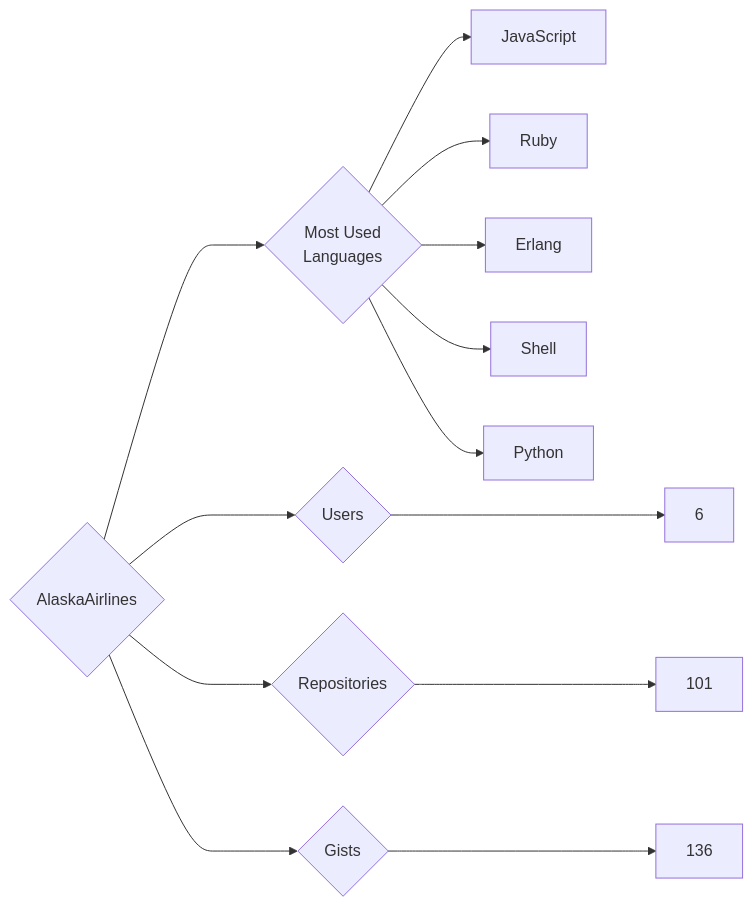
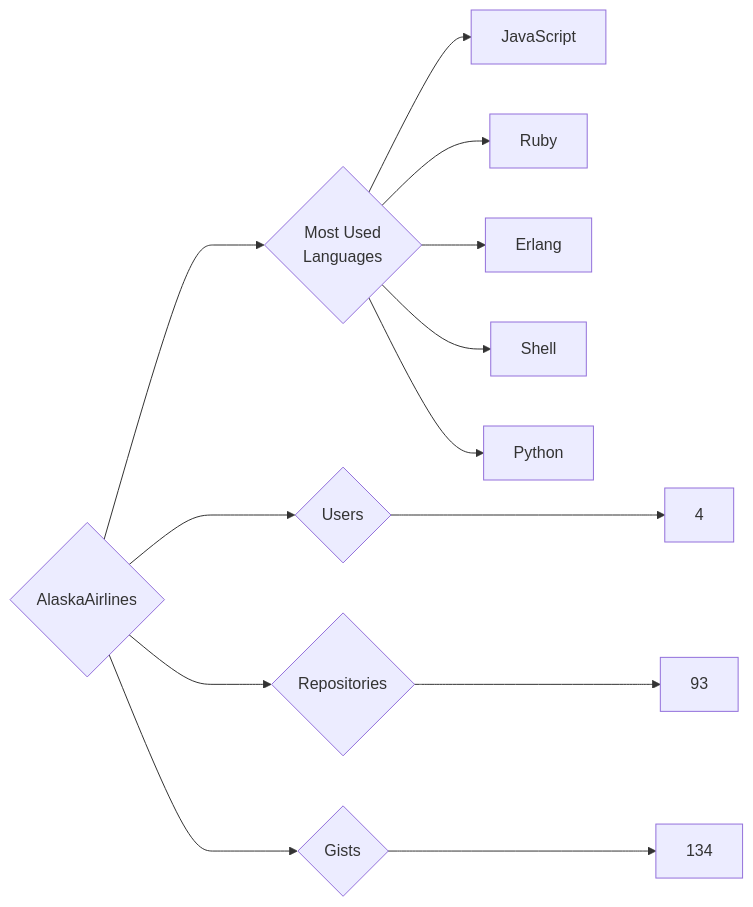
The diagram in targets/AlaskaAirlines/README.md (trickest/insiders), drawn with Mermaid before and after one commit. The commit also changed 783 other files, not shown here.

````diff
--- a/targets/AlaskaAirlines/README.md
+++ b/targets/AlaskaAirlines/README.md
@@ -3,13 +3,13 @@
 ```mermaid
 graph LR
 COMPANY_NAME{AlaskaAirlines}
-COMPANY_NAME ---> U{Users} ---> UN[6]
-COMPANY_NAME ---> R{Repositories} ---> RN[101]
-COMPANY_NAME ---> G{Gists} ---> GN[136]
+COMPANY_NAME ---> U{Users} ---> UN[4]
+COMPANY_NAME ---> R{Repositories} ---> RN[93]
+COMPANY_NAME ---> G{Gists} ---> GN[134]
 COMPANY_NAME ---> ML{Most Used<br>Languages}
 ML --> JavaScript[JavaScript]
 ML --> Ruby[Ruby]
 ML --> Erlang[Erlang]
 ML --> Shell[Shell]
 ML --> Python[Python]
 ```
````
